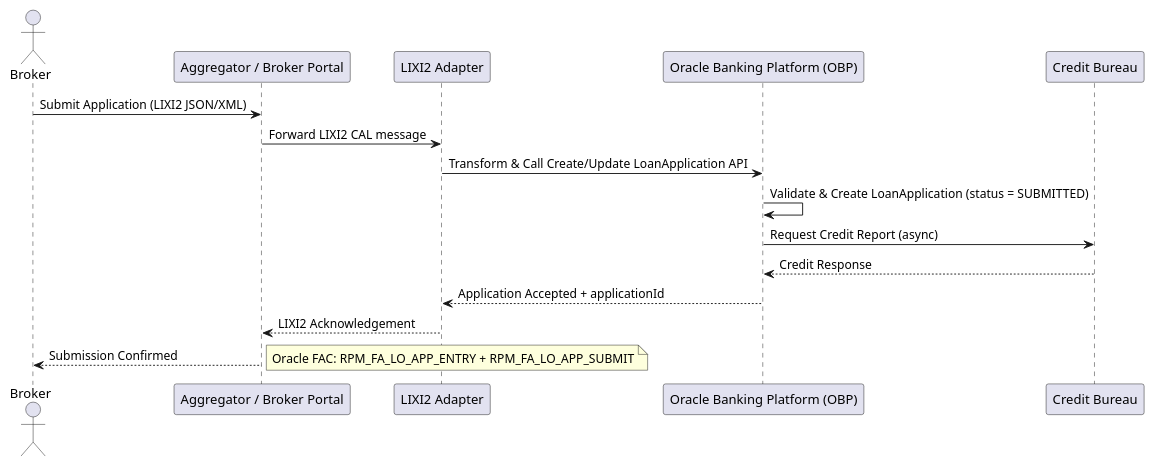
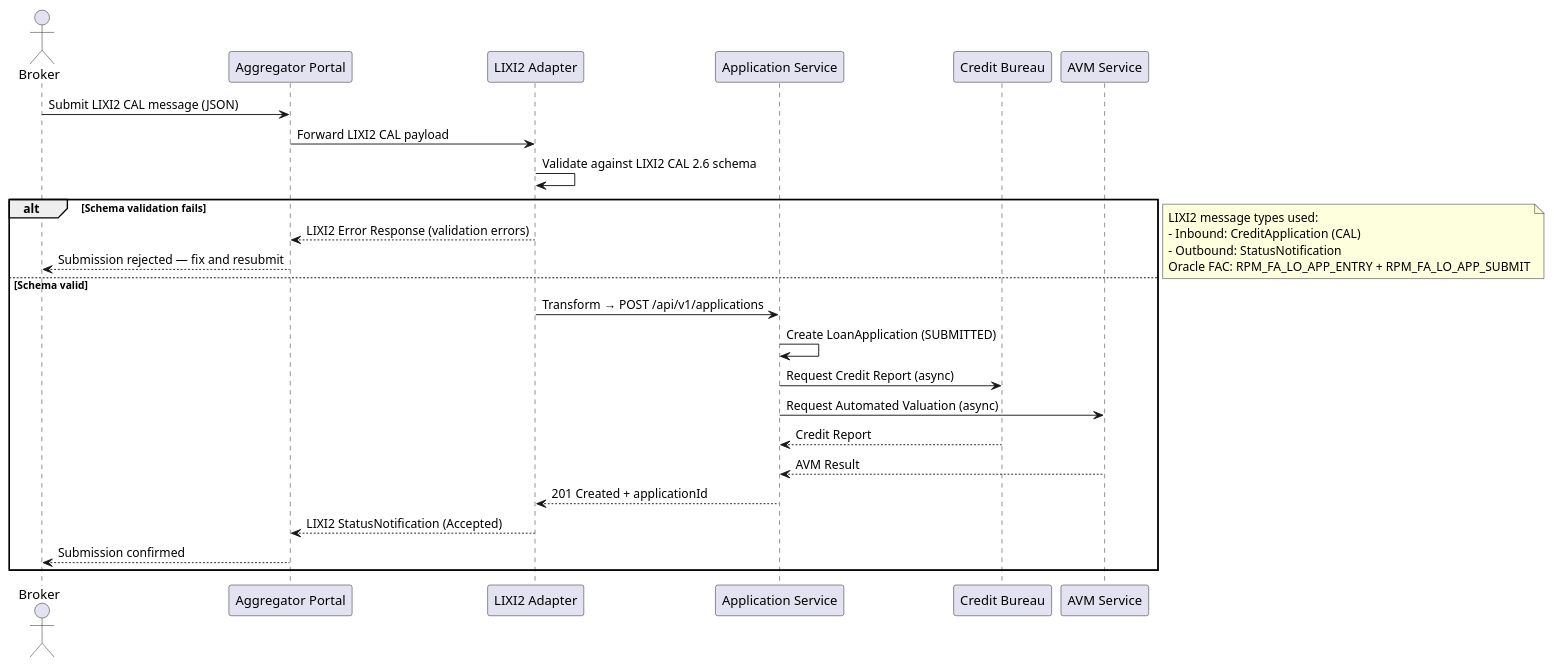
One commit to atheryon-ai/atheryon-mortgages changed the third of 10 diagrams in mortgage-origination-srs.md. Above: the diagram before and after it, drawn with PlantUML. The commit also changed other lines of this file and 143 other files, not shown here.

````diff
--- a/mortgage-origination-srs.md
+++ b/mortgage-origination-srs.md
@@ -167,23 +763,36 @@
 ```plantuml
 @startuml
 actor Broker
-participant "Aggregator / Broker Portal" as BrokerPortal
+participant "Aggregator Portal" as Portal
 participant "LIXI2 Adapter" as Adapter
-participant "Oracle Banking Platform (OBP)" as OBP
+participant "Application Service" as AppService
 participant "Credit Bureau" as Bureau
+participant "AVM Service" as AVM
 
-Broker -> BrokerPortal: Submit Application (LIXI2 JSON/XML)
-BrokerPortal -> Adapter: Forward LIXI2 CAL message
-Adapter -> OBP: Transform & Call Create/Update LoanApplication API
-OBP -> OBP: Validate & Create LoanApplication (status = SUBMITTED)
-OBP -> Bureau: Request Credit Report (async)
-Bureau --> OBP: Credit Response
-OBP --> Adapter: Application Accepted + applicationId
-Adapter --> BrokerPortal: LIXI2 Acknowledgement
-BrokerPortal --> Broker: Submission Confirmed
+Broker -> Portal: Submit LIXI2 CAL message (JSON)
+Portal -> Adapter: Forward LIXI2 CAL payload
+
+Adapter -> Adapter: Validate against LIXI2 CAL 2.6 schema
+alt Schema validation fails
+  Adapter --> Portal: LIXI2 Error Response (validation errors)
+  Portal --> Broker: Submission rejected — fix and resubmit
+else Schema valid
+  Adapter -> AppService: Transform → POST /api/v1/applications
+  AppService -> AppService: Create LoanApplication (SUBMITTED)
+  AppService -> Bureau: Request Credit Report (async)
+  AppService -> AVM: Request Automated Valuation (async)
+  Bureau --> AppService: Credit Report
+  AVM --> AppService: AVM Result
+  AppService --> Adapter: 201 Created + applicationId
+  Adapter --> Portal: LIXI2 StatusNotification (Accepted)
+  Portal --> Broker: Submission confirmed
+end
 
 note right
+  LIXI2 message types used:
+  - Inbound: CreditApplication (CAL)
+  - Outbound: StatusNotification
   Oracle FAC: RPM_FA_LO_APP_ENTRY + RPM_FA_LO_APP_SUBMIT
 end note
 @enduml
 ```
````
